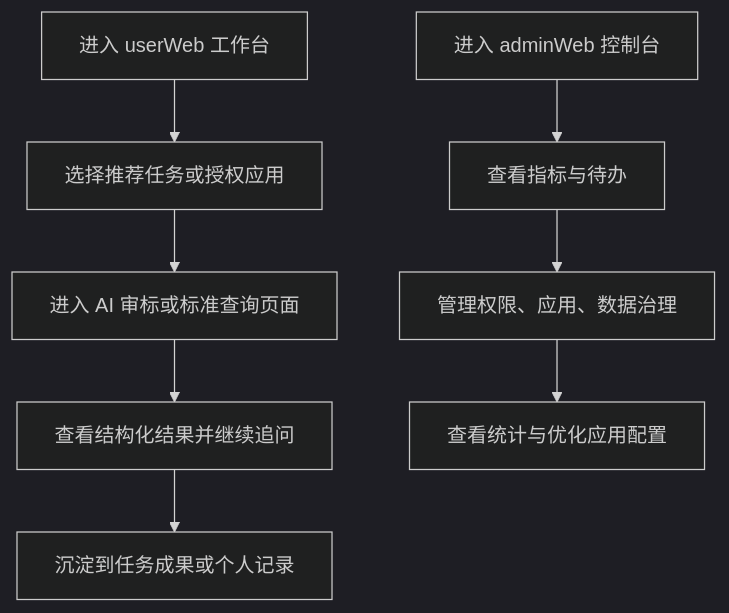
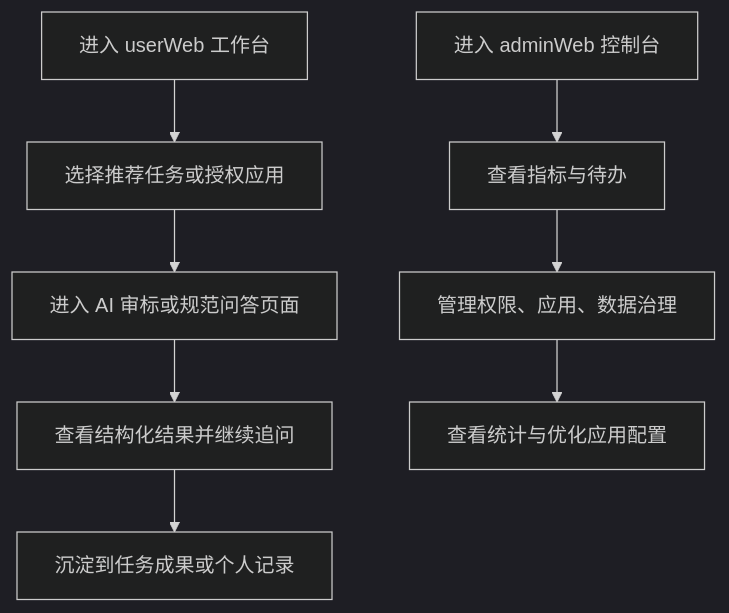
The diagram in docs/prd-ai-platform-prototype.md (0mao0/DredgeAI), drawn with Mermaid (dark theme) before and after one commit. The commit also changed other lines of this file and 58 other files, not shown here.

````diff
--- a/docs/prd-ai-platform-prototype.md
+++ b/docs/prd-ai-platform-prototype.md
@@ -47,10 +47,10 @@
 ```mermaid
 flowchart TD
     A["进入 userWeb 工作台"] --> B["选择推荐任务或授权应用"]
-    B --> C["进入 AI 审标或标准查询页面"]
+    B --> C["进入 AI 审标或规范问答页面"]
     C --> D["查看结构化结果并继续追问"]
     D --> E["沉淀到任务成果或个人记录"]
     A2["进入 adminWeb 控制台"] --> B2["查看指标与待办"]
     B2 --> C2["管理权限、应用、数据治理"]
     C2 --> D2["查看统计与优化应用配置"]
 ```
````
